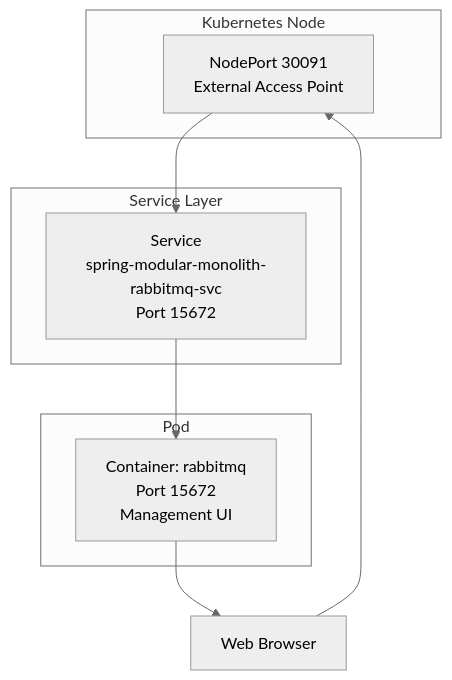
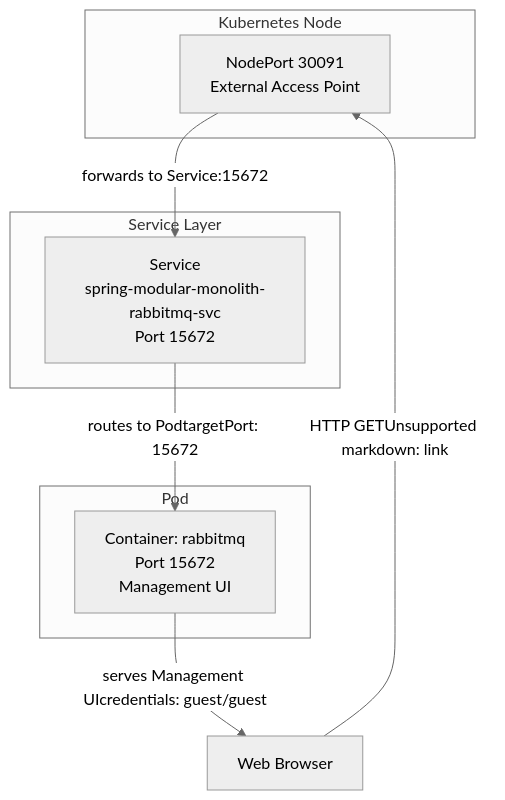
Before and after one commit to philipz/spring-modular-monolith: the third of 4 diagrams in docs/deepwiki/RabbitMQ-Kubernetes-Deployment.md, drawn with Mermaid (neutral theme). The commit also changed other lines of this file and 55 other files, not shown here.

````diff
--- a/docs/deepwiki/RabbitMQ-Kubernetes-Deployment.md
+++ b/docs/deepwiki/RabbitMQ-Kubernetes-Deployment.md
@@ -263,25 +263,25 @@
 ```mermaid
 flowchart TD
 
 NodePort["NodePort 30091<br>External Access Point"]
 Service["Service<br>spring-modular-monolith-rabbitmq-svc<br>Port 15672"]
 Container["Container: rabbitmq<br>Port 15672<br>Management UI"]
 Browser["Web Browser"]
 
-Browser --> NodePort
-NodePort --> Service
-Service --> Container
-Container --> Browser
+Browser -->|"HTTP GETUnsupported markdown: link"| NodePort
+NodePort -->|"forwards to Service:15672"| Service
+Service -->|"routes to PodtargetPort: 15672"| Container
+Container -->|"serves Management UIcredentials: guest/guest"| Browser
 
 subgraph Pod ["Pod"]
     Container
 end
 
 subgraph subGraph1 ["Service Layer"]
     Service
 end
 
 subgraph subGraph0 ["Kubernetes Node"]
     NodePort
 end
 ```
````
